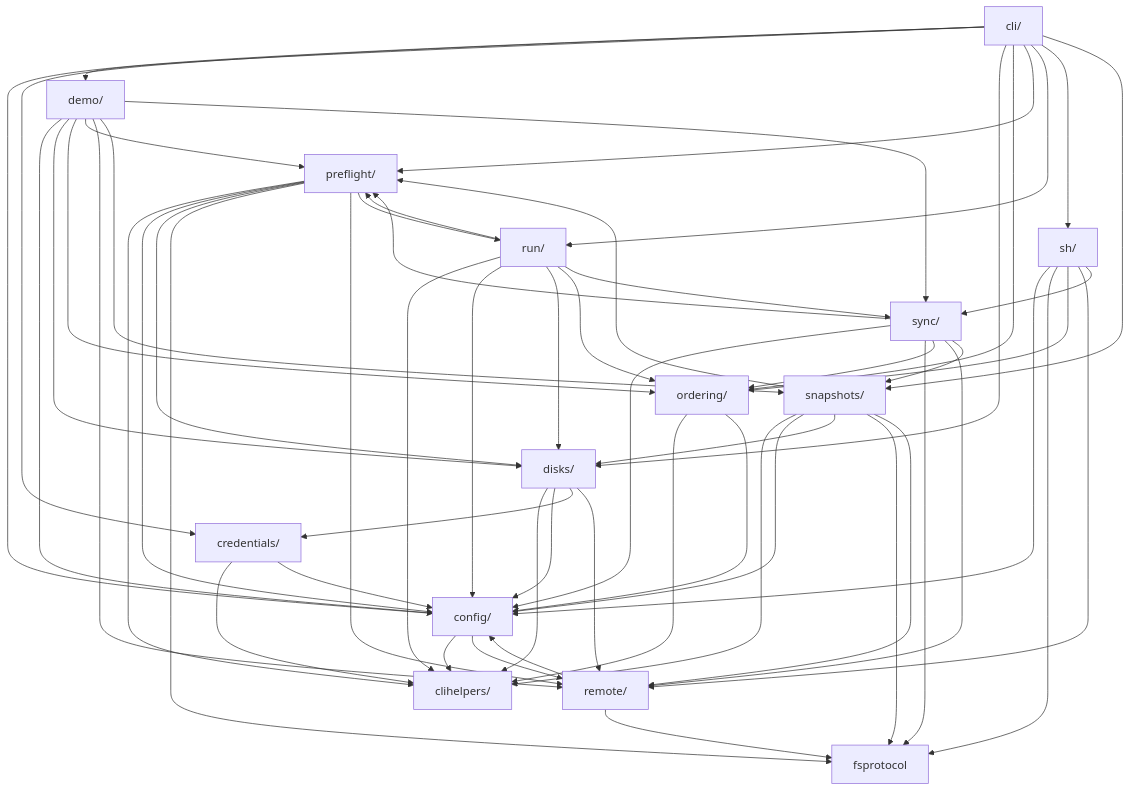
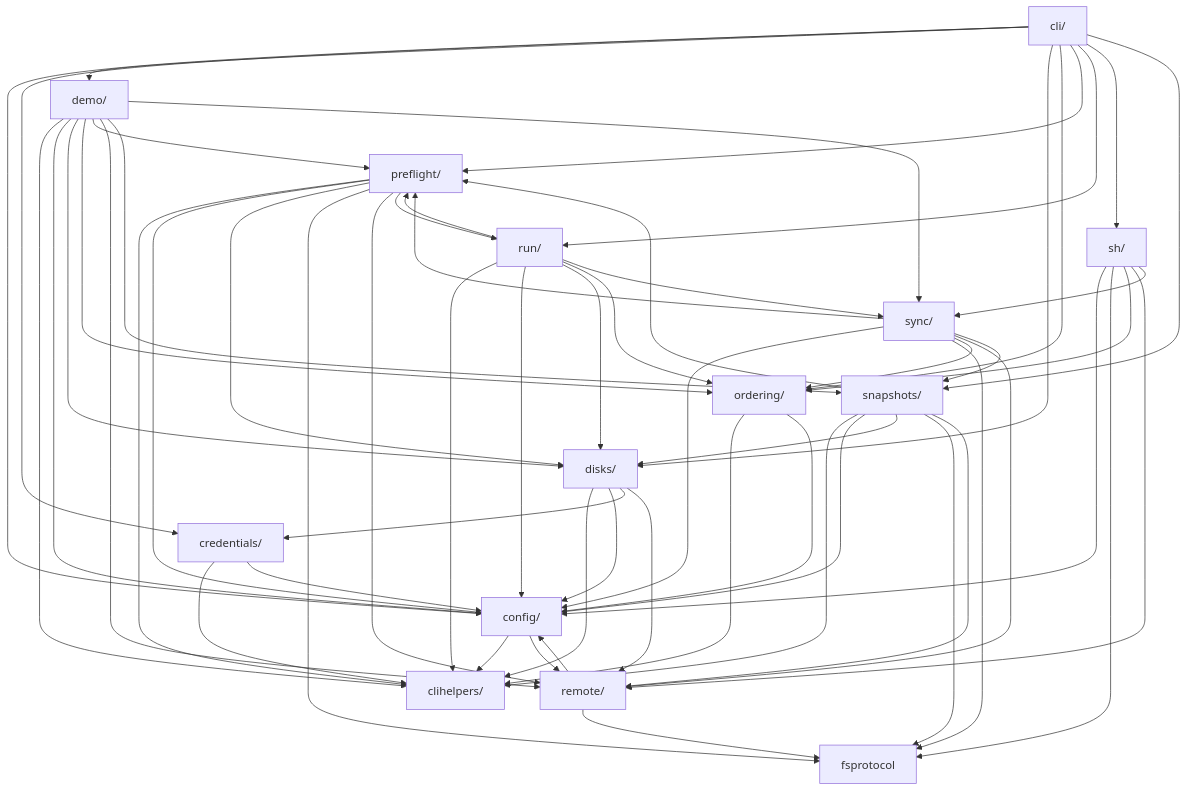
One commit to iglootools/nbkp changed the diagram in docs/architecture.md. Above: the diagram before and after it, drawn with Mermaid.

Commit message:
docs: regenerate module dependency graph

````diff
--- a/docs/architecture.md
+++ b/docs/architecture.md
@@ -11,75 +11,76 @@
 ```mermaid
 graph TD
     cli["cli/"]
     clihelpers["clihelpers/"]
     config["config/"]
     credentials["credentials/"]
     demo["demo/"]
     disks["disks/"]
     fsprotocol["fsprotocol"]
     ordering["ordering/"]
     preflight["preflight/"]
     remote["remote/"]
     run["run/"]
     sh["sh/"]
     snapshots["snapshots/"]
     sync["sync/"]
 
     cli --> config
     cli --> credentials
     cli --> demo
     cli --> disks
     cli --> ordering
     cli --> preflight
     cli --> run
     cli --> sh
     cli --> snapshots
     config --> clihelpers
     config --> remote
     credentials --> clihelpers
     credentials --> config
+    demo --> clihelpers
     demo --> config
     demo --> disks
     demo --> ordering
     demo --> preflight
     demo --> remote
     demo --> snapshots
     demo --> sync
     disks --> clihelpers
     disks --> config
     disks --> credentials
     disks --> remote
     ordering --> clihelpers
     ordering --> config
     preflight --> clihelpers
     preflight --> config
     preflight --> disks
     preflight --> fsprotocol
     preflight --> remote
     preflight --> run
     remote --> config
     remote --> fsprotocol
     run --> clihelpers
     run --> config
     run --> disks
     run --> ordering
     run --> preflight
     run --> sync
     sh --> config
     sh --> fsprotocol
     sh --> ordering
     sh --> remote
     sh --> sync
     snapshots --> clihelpers
     snapshots --> config
     snapshots --> disks
     snapshots --> fsprotocol
     snapshots --> preflight
     snapshots --> remote
     sync --> config
     sync --> fsprotocol
     sync --> ordering
     sync --> preflight
     sync --> remote
     sync --> snapshots
 ```
````
